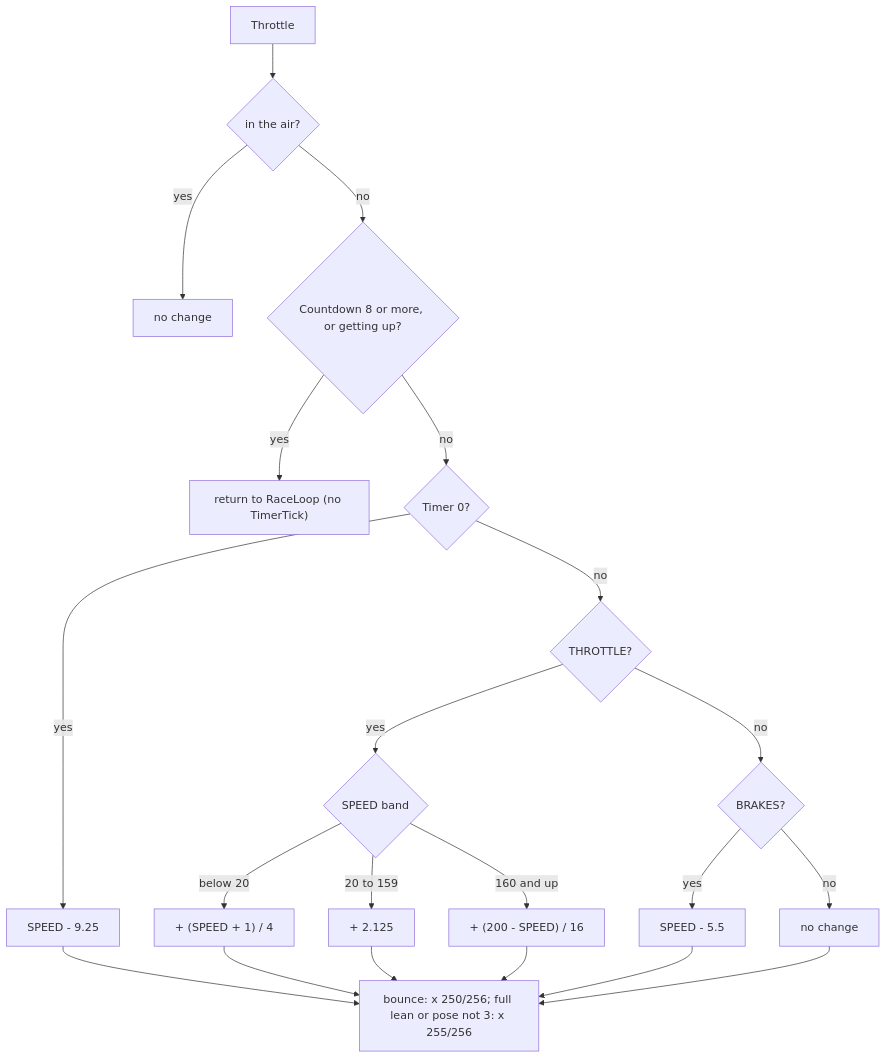
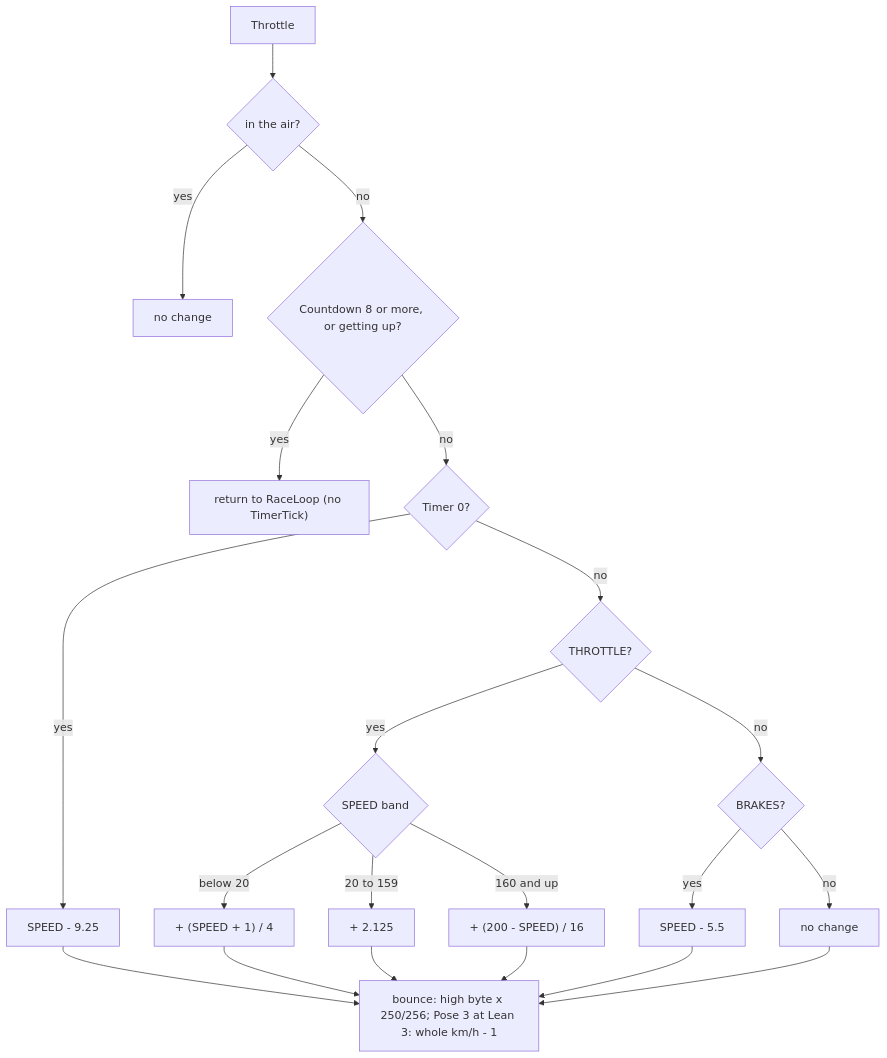
Before and after one commit to alfishe/unrealng-reverse-cases: the second of 14 diagrams in games/enduro-racer/docs/10-gameplay-logic.md, drawn with Mermaid. The commit also changed other lines of this file and 29 other files, not shown here.

````diff
--- a/games/enduro-racer/docs/10-gameplay-logic.md
+++ b/games/enduro-racer/docs/10-gameplay-logic.md
@@ -263,23 +267,23 @@
 ```mermaid
 flowchart TD
     A["Throttle"] --> B{"in the air?"}
     B -- yes --> Z["no change"]
     B -- no --> C{"Countdown 8 or more, or getting up?"}
     C -- yes --> Y["return to RaceLoop (no TimerTick)"]
     C -- no --> D{"Timer 0?"}
     D -- yes --> E["SPEED - 9.25"]
     D -- no --> F{"THROTTLE?"}
     F -- yes --> G{"SPEED band"}
     G -- "below 20" --> H["+ (SPEED + 1) / 4"]
     G -- "20 to 159" --> I["+ 2.125"]
     G -- "160 and up" --> J["+ (200 - SPEED) / 16"]
     F -- no --> K{"BRAKES?"}
     K -- yes --> L["SPEED - 5.5"]
     K -- no --> M["no change"]
-    E --> N["bounce: x 250/256; full lean or pose not 3: x 255/256"]
+    E --> N["bounce: high byte x 250/256; Pose 3 at Lean 3: whole km/h - 1"]
     H --> N
     I --> N
     J --> N
     L --> N
     M --> N
 ```
````
